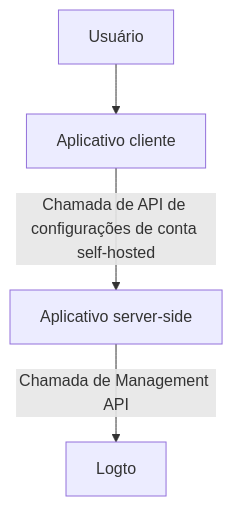
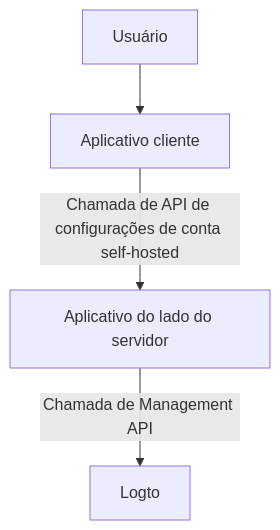
The first of 3 diagrams in i18n/pt-BR/docusaurus-plugin-content-docs/current/end-user-flows/account-settings/by-management-api.mdx (logto-io/docs), drawn with Mermaid before and after one commit. The commit also changed other lines of this file and 74 other files, not shown here.

````diff
--- a/i18n/pt-BR/docusaurus-plugin-content-docs/current/end-user-flows/account-settings/by-management-api.mdx
+++ b/i18n/pt-BR/docusaurus-plugin-content-docs/current/end-user-flows/account-settings/by-management-api.mdx
@@ -13,6 +13,6 @@
 ```mermaid
   graph TB
     A[Usuário] --> B[Aplicativo cliente]
-    B -->|Chamada de API de configurações de conta self-hosted|C[Aplicativo server-side]
+    B -->|Chamada de API de configurações de conta self-hosted|C[Aplicativo do lado do servidor]
     C -->|Chamada de Management API| D[Logto]
 ```
````
